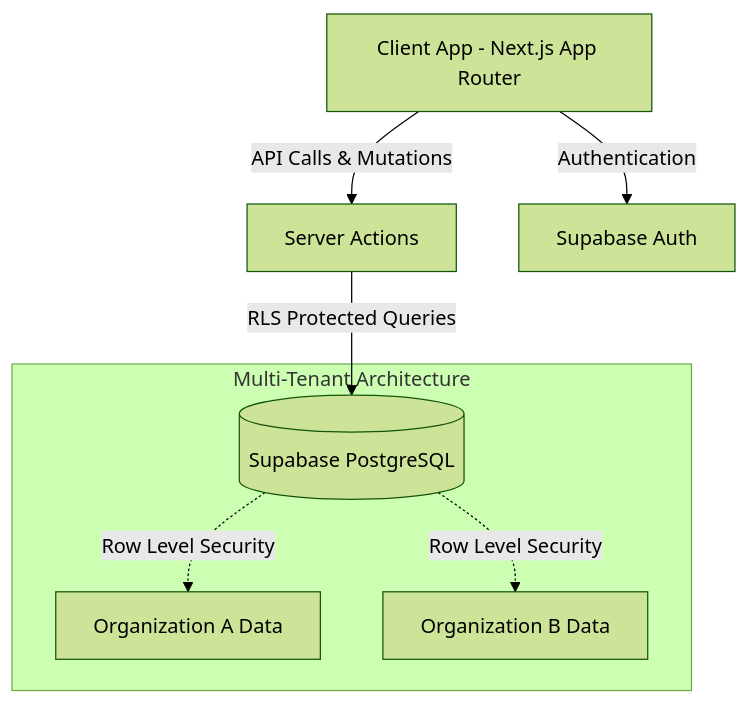
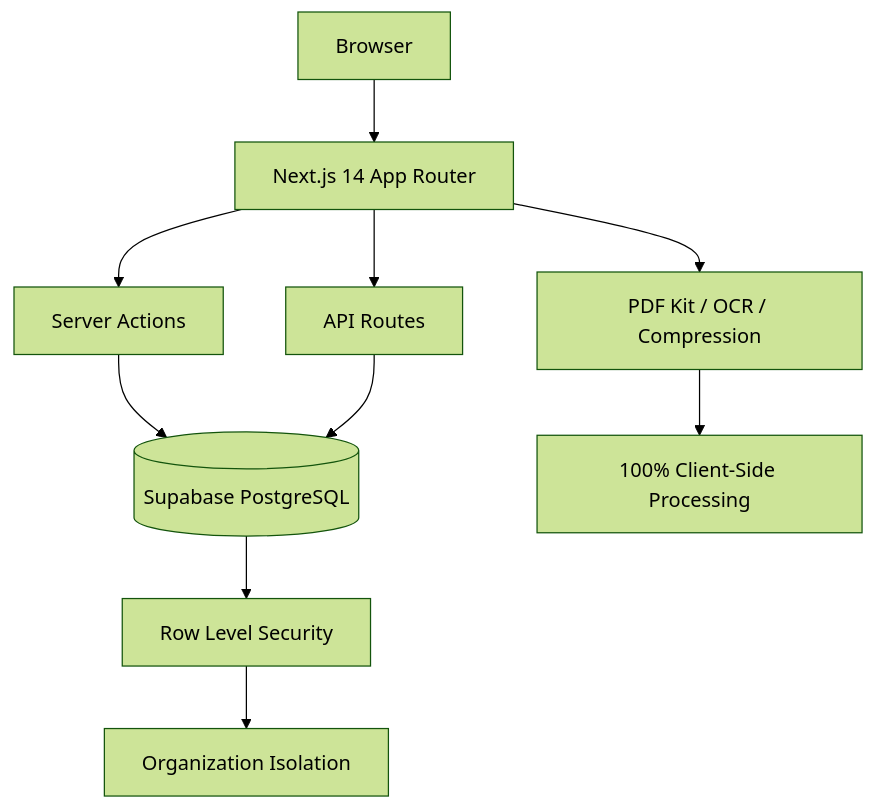
One commit to carlosindriago/tramiflow-ce changed the diagram in README.md. Above: the diagram before and after it, drawn with Mermaid (forest theme). The commit also changed other lines of this file, not shown here.

````diff
--- a/README.md
+++ b/README.md
@@ -33,16 +77,12 @@
 ```mermaid
 graph TD
-    Client[Client App - Next.js App Router]
-    ServerActions[Server Actions]
-    SupabaseAuth[Supabase Auth]
-    SupabaseDB[(Supabase PostgreSQL)]
-    
-    Client -->|API Calls & Mutations| ServerActions
-    Client -->|Authentication| SupabaseAuth
-    ServerActions -->|RLS Protected Queries| SupabaseDB
-    
-    subgraph Multi-Tenant Architecture
-    SupabaseDB -.-> |Row Level Security| OrgA[Organization A Data]
-    SupabaseDB -.-> |Row Level Security| OrgB[Organization B Data]
-    end
+  Browser --> NextJS[Next.js 14 App Router]
+  NextJS --> ServerActions[Server Actions]
+  NextJS --> APIRoutes[API Routes]
+  ServerActions --> Supabase[(Supabase PostgreSQL)]
+  APIRoutes --> Supabase
+  Supabase --> RLS[Row Level Security]
+  RLS --> OrgIsolation[Organization Isolation]
+  NextJS --> ClientTools[PDF Kit / OCR / Compression]
+  ClientTools --> BrowserOnly[100% Client-Side Processing]
 ```
````
